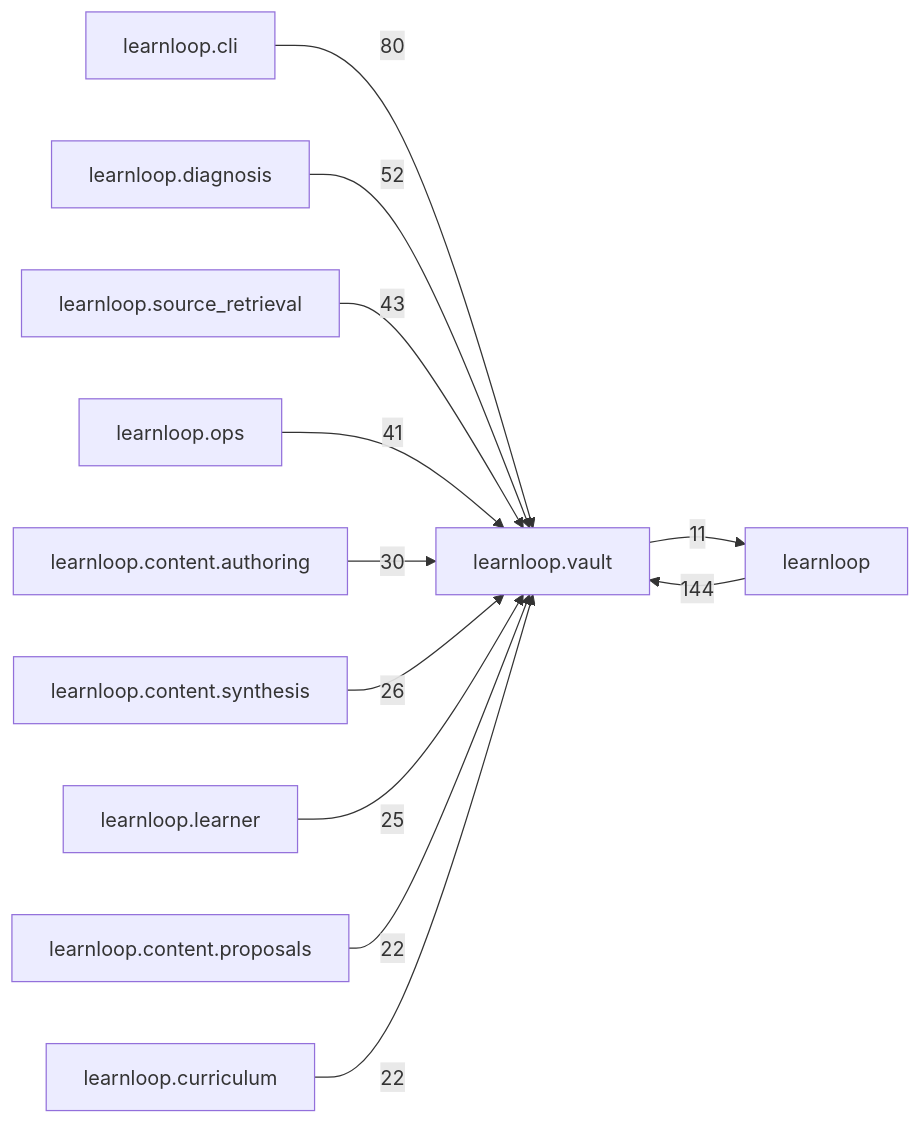
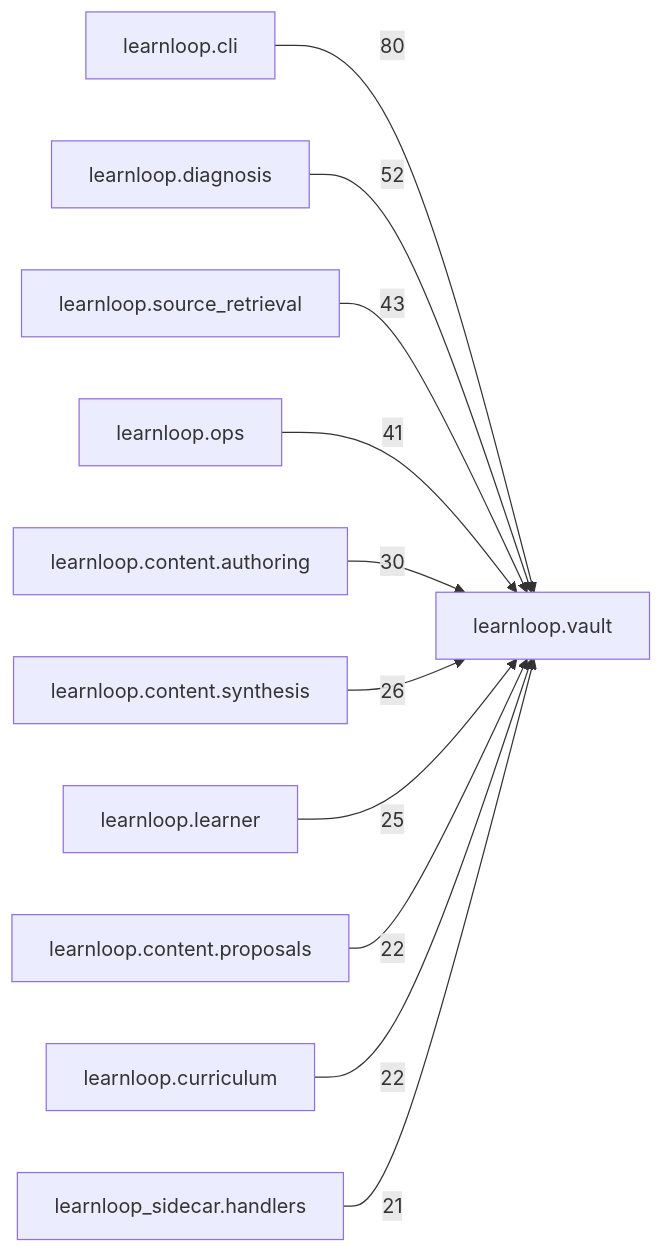
One commit to 6up-b/learnanything changed the diagram in docs/learnloop-architecture-vault/Reference/Modules/learnloop/vault/_package.md. Above: the diagram before and after it, drawn with Mermaid. The commit also changed other lines of this file and 174 other files, not shown here.

````diff
--- a/docs/learnloop-architecture-vault/Reference/Modules/learnloop/vault/_package.md
+++ b/docs/learnloop-architecture-vault/Reference/Modules/learnloop/vault/_package.md
@@ -137,25 +137,24 @@
 ```mermaid
 flowchart LR
     center["learnloop.vault"]
-    n_learnloop["learnloop"]
     n_learnloop_cli["learnloop.cli"]
     n_learnloop_diagnosis["learnloop.diagnosis"]
     n_learnloop_source_retrieval["learnloop.source_retrieval"]
     n_learnloop_ops["learnloop.ops"]
     n_learnloop_content_authoring["learnloop.content.authoring"]
     n_learnloop_content_synthesis["learnloop.content.synthesis"]
     n_learnloop_learner["learnloop.learner"]
     n_learnloop_content_proposals["learnloop.content.proposals"]
     n_learnloop_curriculum["learnloop.curriculum"]
-    n_learnloop -->|144| center
-    center -->|11| n_learnloop
+    n_learnloop_sidecar_handlers["learnloop_sidecar.handlers"]
     n_learnloop_cli -->|80| center
     n_learnloop_diagnosis -->|52| center
     n_learnloop_source_retrieval -->|43| center
     n_learnloop_ops -->|41| center
     n_learnloop_content_authoring -->|30| center
     n_learnloop_content_synthesis -->|26| center
     n_learnloop_learner -->|25| center
     n_learnloop_content_proposals -->|22| center
     n_learnloop_curriculum -->|22| center
+    n_learnloop_sidecar_handlers -->|21| center
 ```
````
